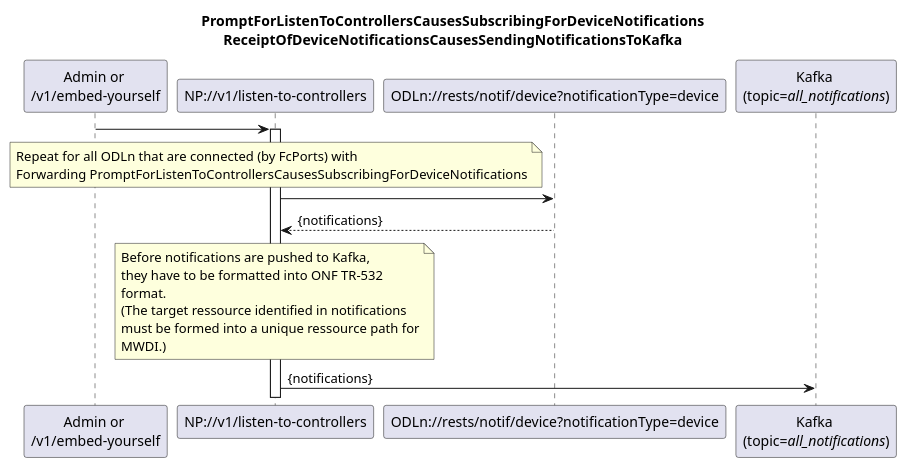
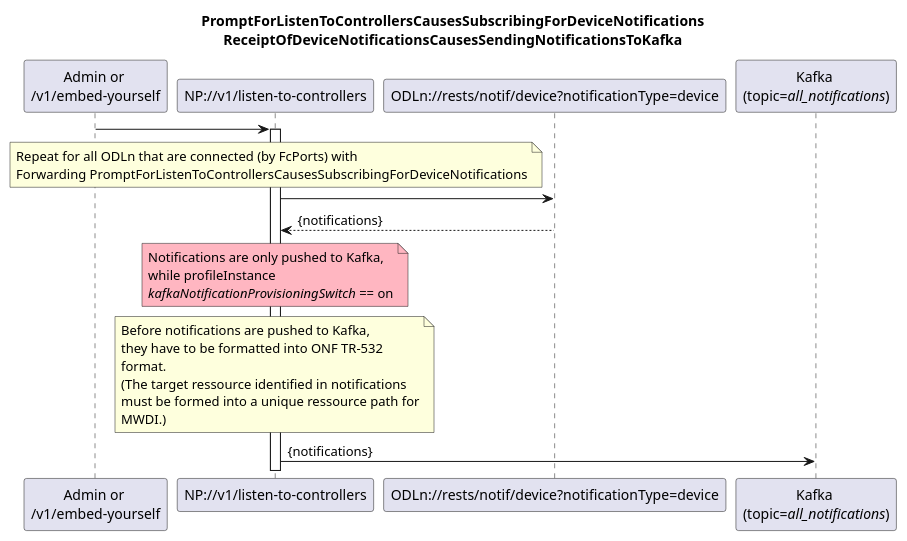
The diagram in spec/diagrams/is005_SubscribingForDeviceNotifications.plantuml (openBackhaul/NotificationProxy), drawn with PlantUML before and after one commit. The commit also changed 2 other files, not shown here.

Commit message:
diagrams

```diff
--- a/spec/diagrams/is005_SubscribingForDeviceNotifications.plantuml
+++ b/spec/diagrams/is005_SubscribingForDeviceNotifications.plantuml
@@ -1,36 +1,42 @@
 @startuml is005_SubscribingForDeviceNotifications
 skinparam responseMessageBelowArrow true
 
 title
   PromptForListenToControllersCausesSubscribingForDeviceNotifications
   ReceiptOfDeviceNotificationsCausesSendingNotificationsToKafka
 end title
 
 participant "Admin or \n/v1/embed-yourself" as Requestor
 participant "NP://v1/listen-to-controllers" as NP_listen
 participant "ODLn://rests/notif/device?notificationType=device" as ODLn
 participant "Kafka \n(topic=<i>all_notifications</i>)" as Kafka
 
 Requestor -> NP_listen
 activate NP_listen
 
 note over NP_listen
 Repeat for all ODLn that are connected (by FcPorts) with
 Forwarding PromptForListenToControllersCausesSubscribingForDeviceNotifications
 end note
 
 NP_listen -> ODLn
 ODLn --> NP_listen: {notifications}
 
+note over NP_listen #LightPink
+  Notifications are only pushed to Kafka,
+  while profileInstance
+  <i>kafkaNotificationProvisioningSwitch</i> == on
+end note
+
 note over NP_listen
   Before notifications are pushed to Kafka,
   they have to be formatted into ONF TR-532
   format.
   (The target ressource identified in notifications
   must be formed into a unique ressource path for
   MWDI.)
 end note
 
 NP_listen -> Kafka: {notifications}
 
 @enduml
```
